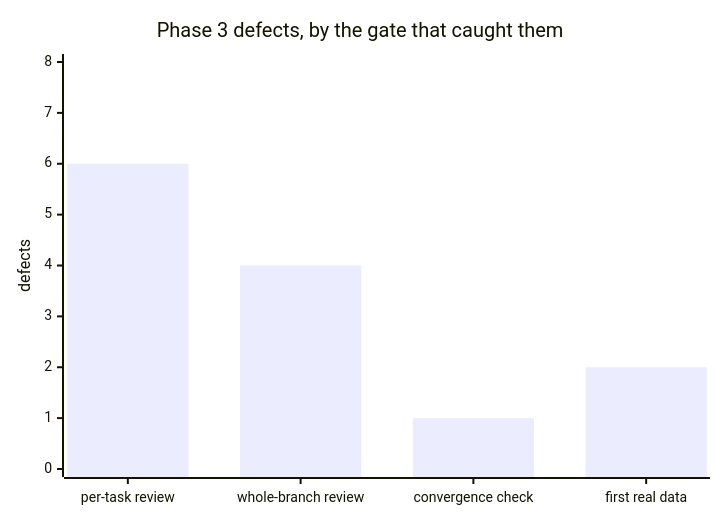
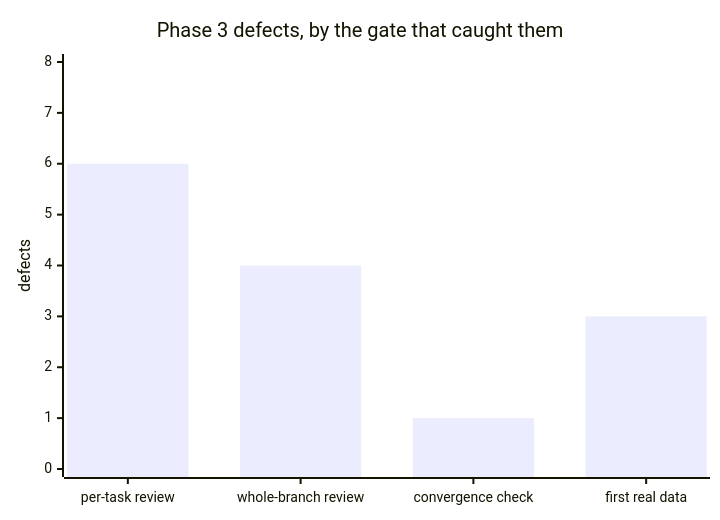
One commit to Binchitects/argus changed the fifth of 5 diagrams in docs/kpis.md. Above: the diagram before and after it, drawn with Mermaid. The commit also changed other lines of this file and 5 other files, not shown here.

````diff
--- a/docs/kpis.md
+++ b/docs/kpis.md
@@ -154,7 +159,7 @@
 ```mermaid
 xychart-beta
     title "Phase 3 defects, by the gate that caught them"
     x-axis ["per-task review", "whole-branch review", "convergence check", "first real data"]
     y-axis "defects" 0 --> 8
-    bar [6, 4, 1, 2]
+    bar [6, 4, 1, 3]
 ```
````
